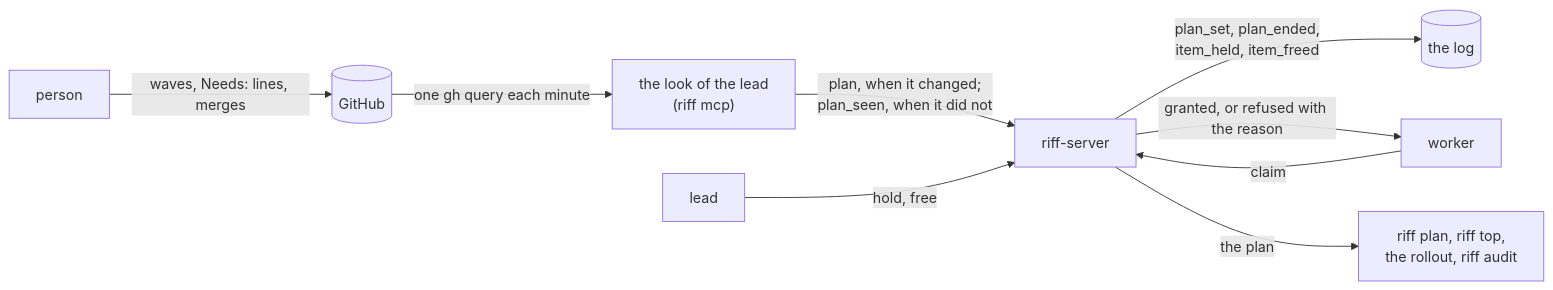
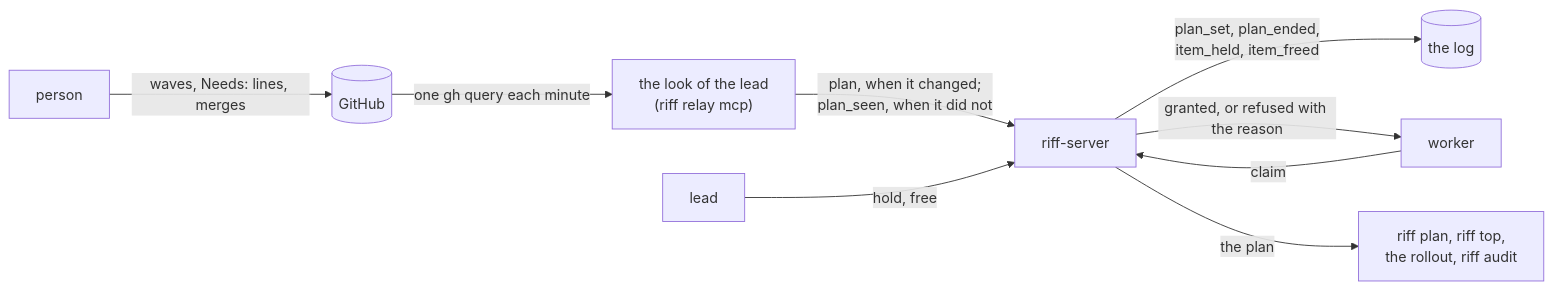
The first of 3 diagrams in docs/src/design-plan.md (como-technologies/riff), drawn with Mermaid before and after one commit. The commit also changed other lines of this file and 94 other files, not shown here.

````diff
--- a/docs/src/design-plan.md
+++ b/docs/src/design-plan.md
@@ -41,11 +41,11 @@
 ```mermaid
 flowchart LR
     P[person] -->|waves, Needs: lines, merges| G[(GitHub)]
-    G -->|"one gh query each minute"| L["the look of the lead<br/>(riff mcp)"]
+    G -->|"one gh query each minute"| L["the look of the lead<br/>(riff relay mcp)"]
     L -->|"plan, when it changed;<br/>plan_seen, when it did not"| S[riff-server]
     LD[lead] -->|"hold, free"| S
     S -->|"plan_set, plan_ended,<br/>item_held, item_freed"| LOG[(the log)]
     W[worker] -->|claim| S
     S -->|"granted, or refused with the reason"| W
     S -->|the plan| V["riff plan, riff top,<br/>the rollout, riff audit"]
 ```
````
